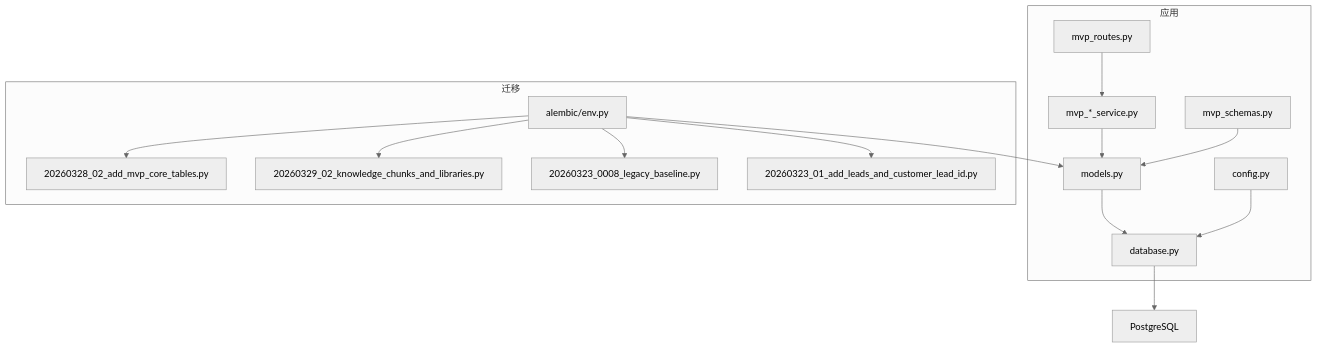
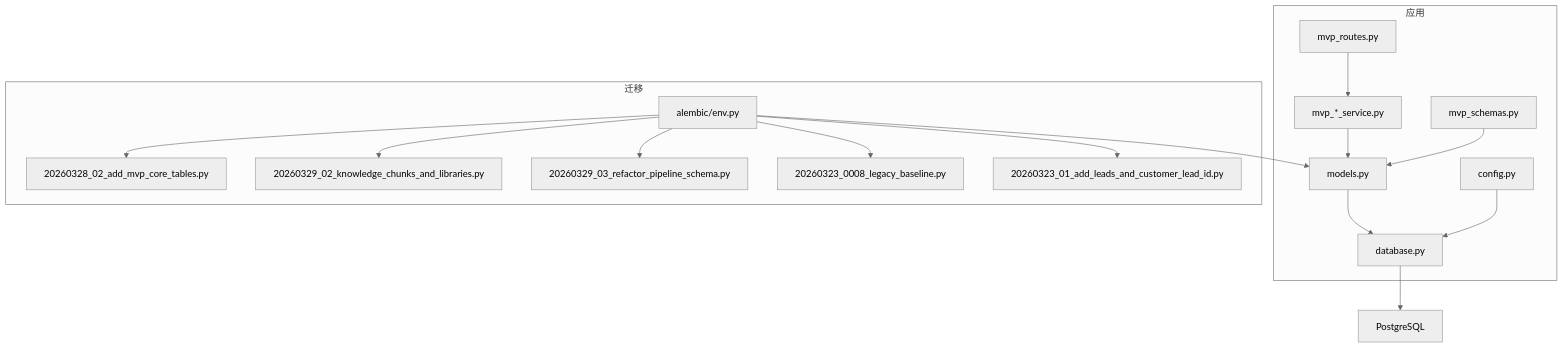
The second of 6 diagrams in .qoder/repowiki/zh/content/数据库设计/数据库设计.md (dream-ze/AI_huoke-), drawn with Mermaid (neutral theme) before and after one commit. The commit also changed other lines of this file and 64 other files, not shown here.

````diff
--- a/.qoder/repowiki/zh/content/数据库设计/数据库设计.md
+++ b/.qoder/repowiki/zh/content/数据库设计/数据库设计.md
@@ -114,30 +133,32 @@
 ```mermaid
 graph TB
 subgraph "应用"
 M["models.py"]
 S["database.py"]
 CFG["config.py"]
 MVP_SVC["mvp_*_service.py"]
 MVP_ROUTES["mvp_routes.py"]
 MVP_SCHEMAS["mvp_schemas.py"]
 end
 subgraph "迁移"
 AE["alembic/env.py"]
 MVP_CORE["20260328_02_add_mvp_core_tables.py"]
 MVP_KNOWLEDGE["20260329_02_knowledge_chunks_and_libraries.py"]
+MVP_REFACTOR["20260329_03_refactor_pipeline_schema.py"]
 LEGACY["20260323_0008_legacy_baseline.py"]
 LEADS["20260323_01_add_leads_and_customer_lead_id.py"]
 end
 DB["PostgreSQL"]
 M --> S
 CFG --> S
 AE --> M
 AE --> MVP_CORE
 AE --> MVP_KNOWLEDGE
+AE --> MVP_REFACTOR
 AE --> LEGACY
 AE --> LEADS
 MVP_SVC --> M
 MVP_ROUTES --> MVP_SVC
 MVP_SCHEMAS --> M
 S --> DB
 ```
````
